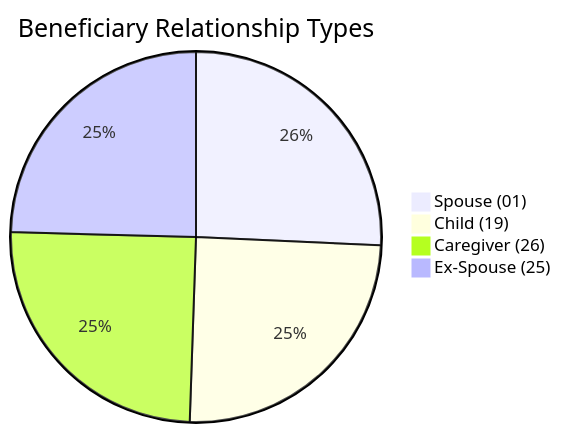
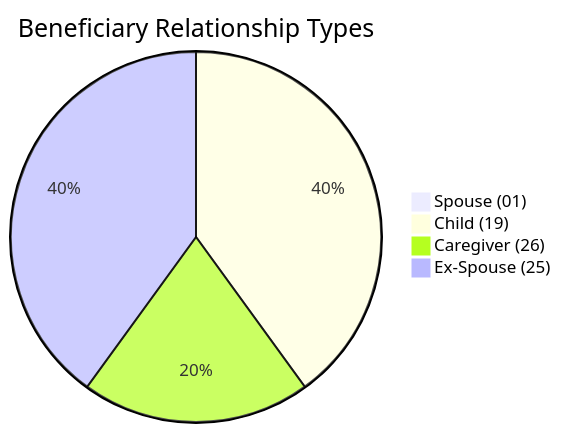
One commit to dhagan-va/intern-2025 changed the eighth of 10 diagrams in test-tools/DataGen/src/Statistics_Visualizer.md. Above: the diagram before and after it, drawn with Mermaid. The commit also changed other lines of this file and 6 other files, not shown here.

````diff
--- a/test-tools/DataGen/src/Statistics_Visualizer.md
+++ b/test-tools/DataGen/src/Statistics_Visualizer.md
@@ -85,7 +85,7 @@
 ```mermaid
 pie title Beneficiary Relationship Types
-    "Spouse (01)" : 1286
-    "Child (19)" : 1241
-    "Caregiver (26)" : 1244
-    "Ex-Spouse (25)" : 1229
+    "Spouse (01)" : 0
+    "Child (19)" : 2
+    "Caregiver (26)" : 1
+    "Ex-Spouse (25)" : 2
 ```
````
